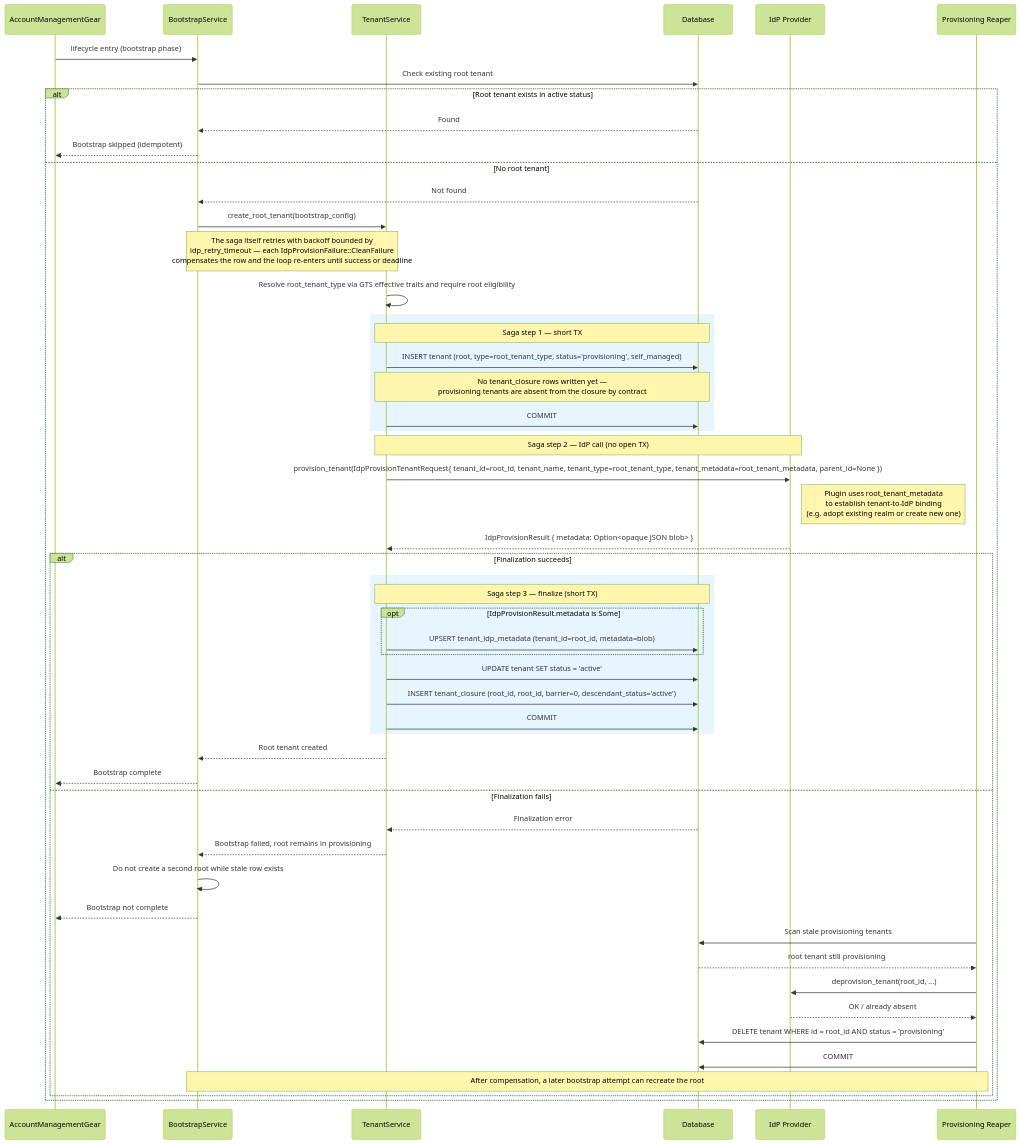
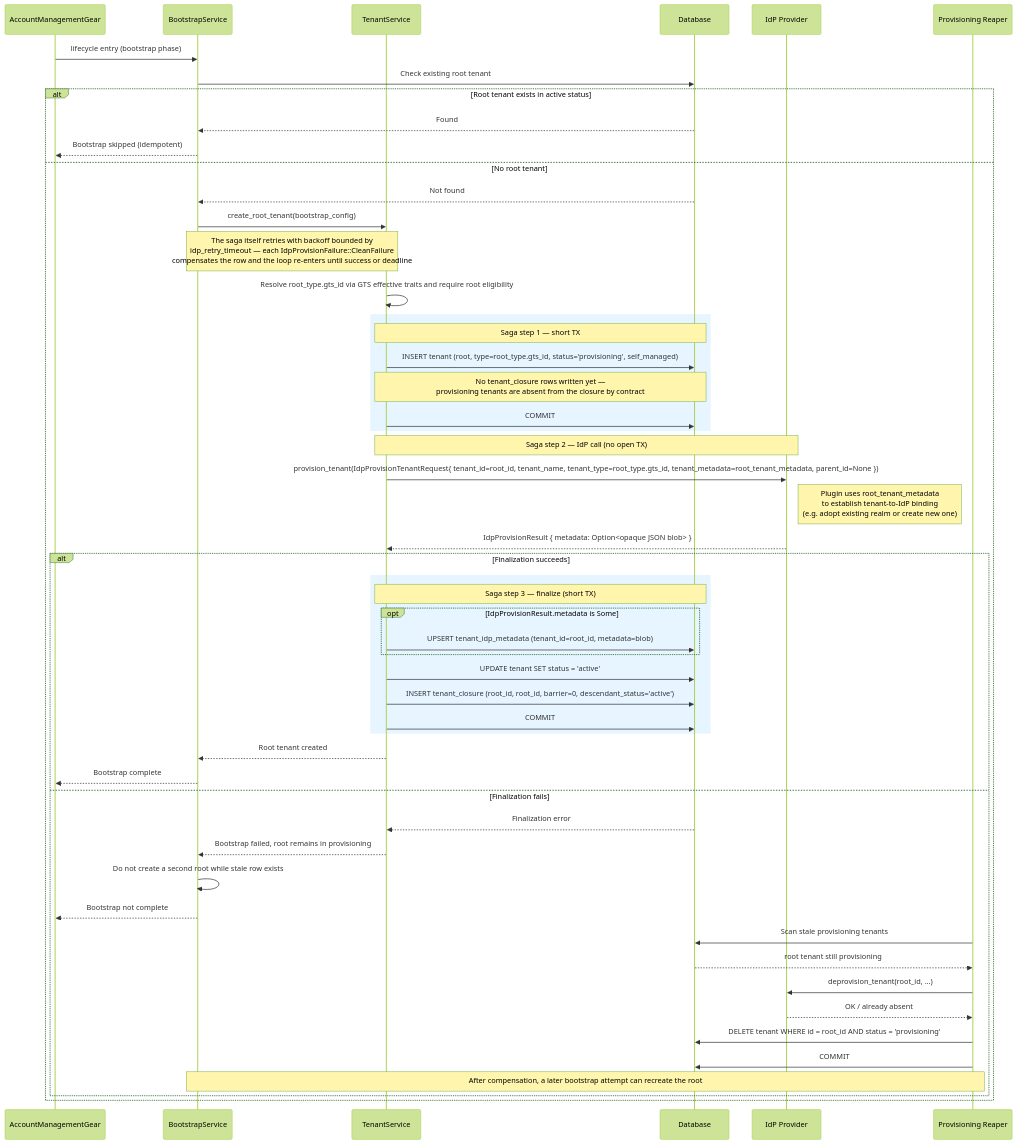
One commit to Andrei-Iliushin-Constructor/gears-rust changed the fourth of 9 diagrams in gears/system/account-management/docs/DESIGN.md. Above: the diagram before and after it, drawn with Mermaid (forest theme). The commit also changed other lines of this file and 48 other files, not shown here.

Commit message:
feat(account-management): reconcile platform root type

````diff
--- a/gears/system/account-management/docs/DESIGN.md
+++ b/gears/system/account-management/docs/DESIGN.md
@@ -959,56 +959,56 @@
 ```mermaid
 sequenceDiagram
     participant AM as AccountManagementGear
     participant BS as BootstrapService
     participant TS as TenantService
     participant DB as Database
     participant IDP as IdP Provider
     participant PR as Provisioning Reaper
 
     AM->>BS: lifecycle entry (bootstrap phase)
     BS->>DB: Check existing root tenant
     alt Root tenant exists in active status
         DB-->>BS: Found
         BS-->>AM: Bootstrap skipped (idempotent)
     else No root tenant
         DB-->>BS: Not found
         BS->>TS: create_root_tenant(bootstrap_config)
         Note over BS,TS: The saga itself retries with backoff bounded by<br/>idp_retry_timeout — each IdpProvisionFailure::CleanFailure<br/>compensates the row and the loop re-enters until success or deadline
-        TS->>TS: Resolve root_tenant_type via GTS effective traits and require root eligibility
+        TS->>TS: Resolve root_type.gts_id via GTS effective traits and require root eligibility
         rect rgb(230, 245, 255)
             Note over TS,DB: Saga step 1 — short TX
-            TS->>DB: INSERT tenant (root, type=root_tenant_type, status='provisioning', self_managed)
+            TS->>DB: INSERT tenant (root, type=root_type.gts_id, status='provisioning', self_managed)
             Note over TS,DB: No tenant_closure rows written yet —<br/>provisioning tenants are absent from the closure by contract
             TS->>DB: COMMIT
         end
         Note over TS,IDP: Saga step 2 — IdP call (no open TX)
-        TS->>IDP: provision_tenant(IdpProvisionTenantRequest{ tenant_id=root_id, tenant_name, tenant_type=root_tenant_type, tenant_metadata=root_tenant_metadata, parent_id=None })
+        TS->>IDP: provision_tenant(IdpProvisionTenantRequest{ tenant_id=root_id, tenant_name, tenant_type=root_type.gts_id, tenant_metadata=root_tenant_metadata, parent_id=None })
         Note right of IDP: Plugin uses root_tenant_metadata<br/>to establish tenant-to-IdP binding<br/>(e.g. adopt existing realm or create new one)
         IDP-->>TS: IdpProvisionResult { metadata: Option<opaque JSON blob> }
         alt Finalization succeeds
             rect rgb(230, 245, 255)
                 Note over TS,DB: Saga step 3 — finalize (short TX)
                 opt IdpProvisionResult.metadata is Some
                     TS->>DB: UPSERT tenant_idp_metadata (tenant_id=root_id, metadata=blob)
                 end
                 TS->>DB: UPDATE tenant SET status = 'active'
                 TS->>DB: INSERT tenant_closure (root_id, root_id, barrier=0, descendant_status='active')
                 TS->>DB: COMMIT
             end
             TS-->>BS: Root tenant created
             BS-->>AM: Bootstrap complete
         else Finalization fails
             DB-->>TS: Finalization error
             TS-->>BS: Bootstrap failed, root remains in provisioning
             BS->>BS: Do not create a second root while stale row exists
             BS-->>AM: Bootstrap not complete
             PR->>DB: Scan stale provisioning tenants
             DB-->>PR: root tenant still provisioning
             PR->>IDP: deprovision_tenant(root_id, ...)
             IDP-->>PR: OK / already absent
             PR->>DB: DELETE tenant WHERE id = root_id AND status = 'provisioning'
             PR->>DB: COMMIT
             Note over BS,PR: After compensation, a later bootstrap attempt can recreate the root
         end
     end
 ```
````
